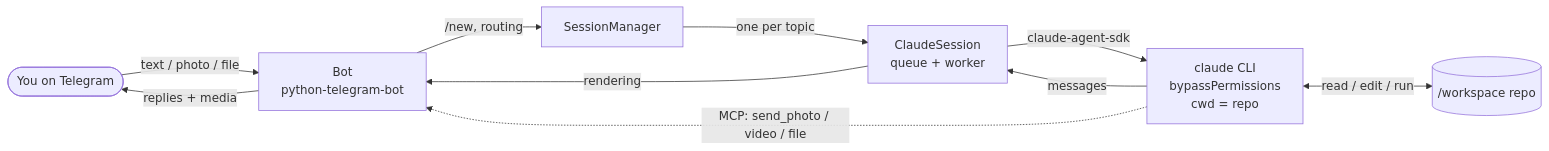
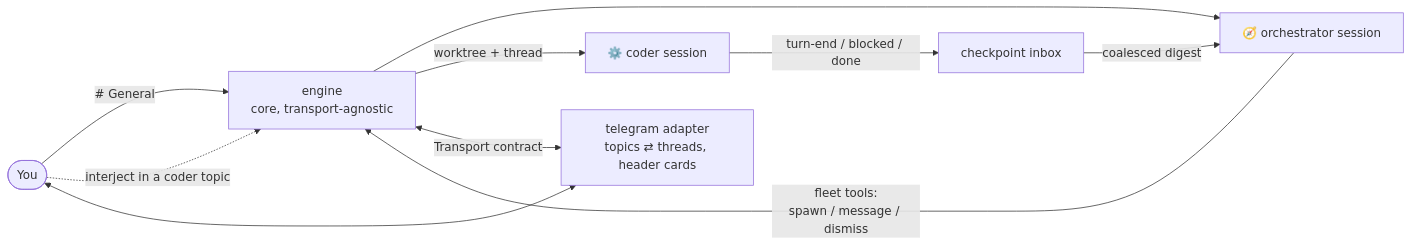
The second of 3 diagrams in README.md (Dri-water/be-a-boss), drawn with Mermaid before and after one commit. The commit also changed other lines of this file and 1 other file, not shown here.

Commit message:
docs: rewrite README + AGENTS.md for the orchestrator architecture

````diff
--- a/README.md
+++ b/README.md
@@ -60,12 +68,12 @@
 ```mermaid
 flowchart LR
-    U([You on Telegram]) -->|"text / photo / file"| BOT[Bot<br/>python-telegram-bot]
-    BOT -->|"/new, routing"| MGR[SessionManager]
-    MGR -->|one per topic| S[ClaudeSession<br/>queue + worker]
-    S -->|claude-agent-sdk| CC[claude CLI<br/>bypassPermissions<br/>cwd = repo]
-    CC <-->|read / edit / run| WS[("/workspace repo")]
-    CC -->|messages| S
-    S -->|rendering| BOT
-    CC -. "MCP: send_photo / video / file" .-> BOT
-    BOT -->|"replies + media"| U
+    U([You]) -->|"# General"| ENG[engine<br/>core, transport-agnostic]
+    U -. "interject in a coder topic" .-> ENG
+    ENG --> ORC["🧭 orchestrator session"]
+    ORC -->|"fleet tools:<br/>spawn / message / dismiss"| ENG
+    ENG -->|worktree + thread| C1["⚙️ coder session"]
+    C1 -->|"turn-end / blocked / done"| SUP[checkpoint inbox]
+    SUP -->|coalesced digest| ORC
+    ENG <-->|Transport contract| TG[telegram adapter<br/>topics ⇄ threads, header cards]
+    TG <--> U
 ```
````
